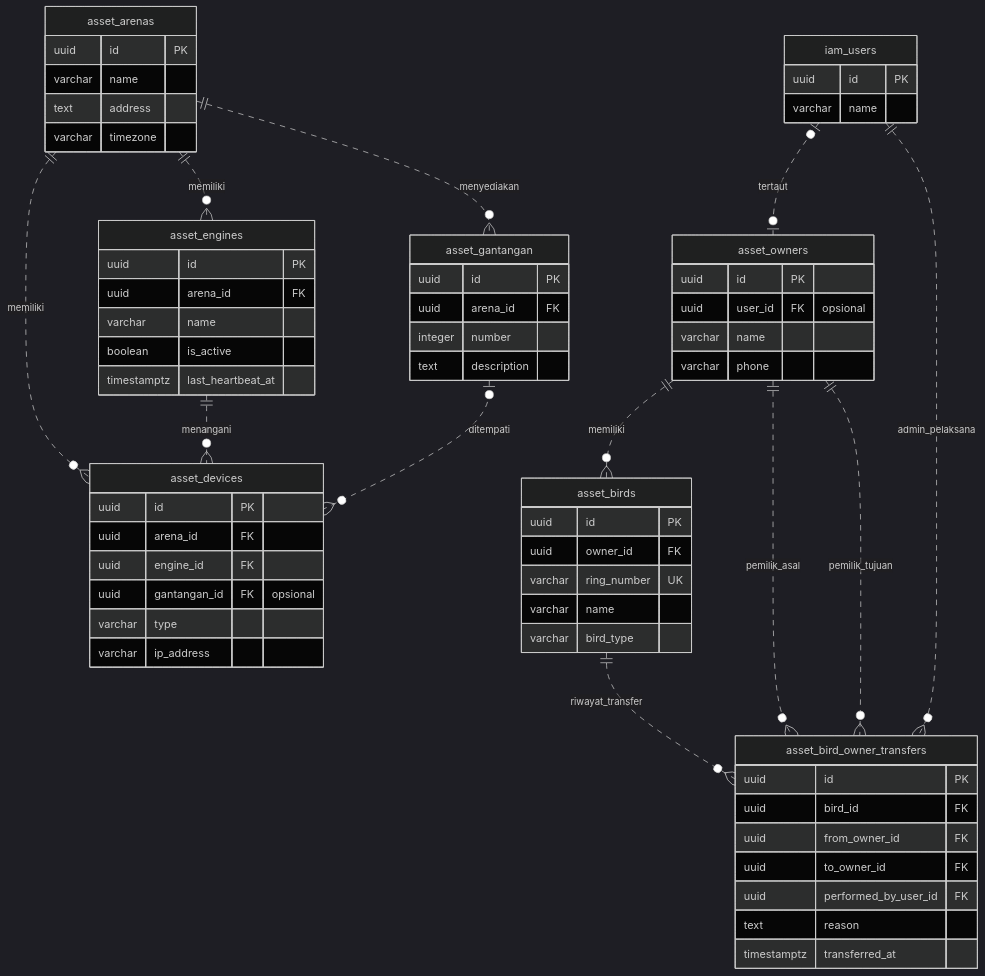
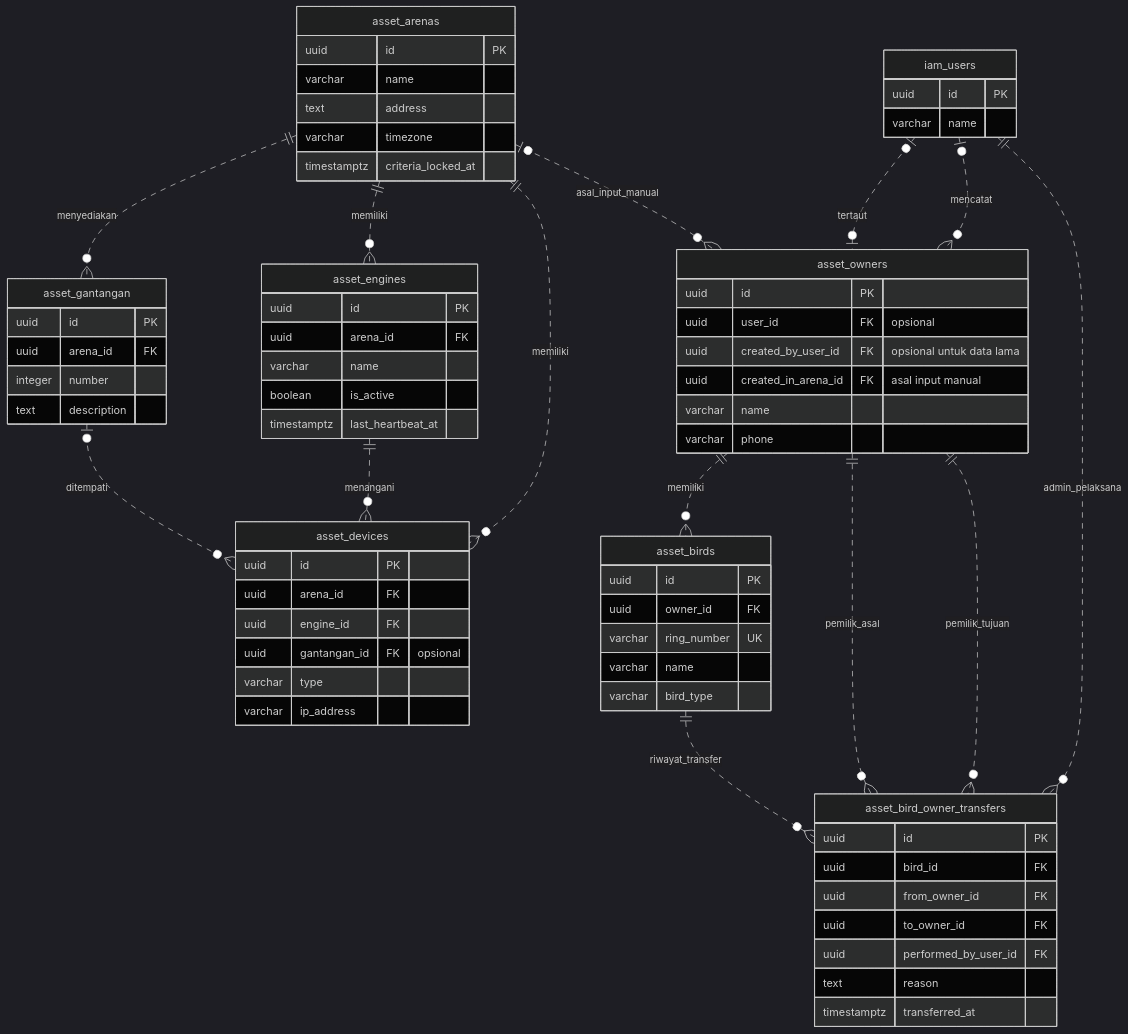
One commit to bachtiarilham/kicau-mania changed the third of 5 diagrams in cloud-app/db/ERD.md. Above: the diagram before and after it, drawn with Mermaid (dark theme). The commit also changed other lines of this file and 111 other files, not shown here.

````diff
--- a/cloud-app/db/ERD.md
+++ b/cloud-app/db/ERD.md
@@ -104,68 +143,73 @@
 ```mermaid
 erDiagram
     asset_arenas {
         uuid id PK
         varchar name
         text address
         varchar timezone
+        timestamptz criteria_locked_at
     }
     asset_gantangan {
         uuid id PK
         uuid arena_id FK
         integer number
         text description
     }
     asset_engines {
         uuid id PK
         uuid arena_id FK
         varchar name
         boolean is_active
         timestamptz last_heartbeat_at
     }
     asset_devices {
         uuid id PK
         uuid arena_id FK
         uuid engine_id FK
         uuid gantangan_id FK "opsional"
         varchar type
         varchar ip_address
     }
     iam_users {
         uuid id PK
         varchar name
     }
     asset_owners {
         uuid id PK
         uuid user_id FK "opsional"
+        uuid created_by_user_id FK "opsional untuk data lama"
+        uuid created_in_arena_id FK "asal input manual"
         varchar name
         varchar phone
     }
     asset_birds {
         uuid id PK
         uuid owner_id FK
         varchar ring_number UK
         varchar name
         varchar bird_type
     }
     asset_bird_owner_transfers {
         uuid id PK
         uuid bird_id FK
         uuid from_owner_id FK
         uuid to_owner_id FK
         uuid performed_by_user_id FK
         text reason
         timestamptz transferred_at
     }
 
     asset_arenas ||..o{ asset_gantangan : menyediakan
     asset_arenas ||..o{ asset_engines : memiliki
     asset_arenas ||..o{ asset_devices : memiliki
     asset_engines ||..o{ asset_devices : menangani
     asset_gantangan |o..o{ asset_devices : ditempati
     iam_users |o..o| asset_owners : tertaut
+    iam_users |o..o{ asset_owners : mencatat
+    asset_arenas |o..o{ asset_owners : asal_input_manual
     asset_owners ||..o{ asset_birds : memiliki
     asset_birds ||..o{ asset_bird_owner_transfers : riwayat_transfer
     asset_owners ||..o{ asset_bird_owner_transfers : pemilik_asal
     asset_owners ||..o{ asset_bird_owner_transfers : pemilik_tujuan
     iam_users ||..o{ asset_bird_owner_transfers : admin_pelaksana
 ```
````
